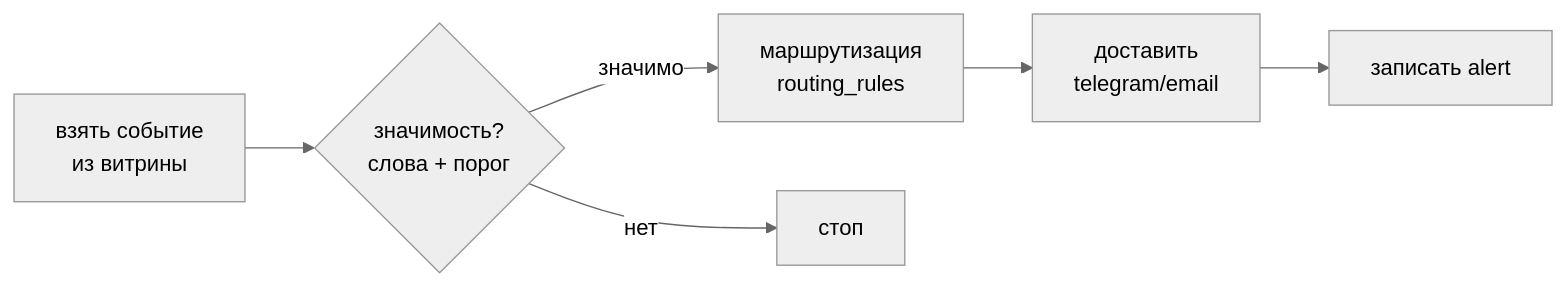
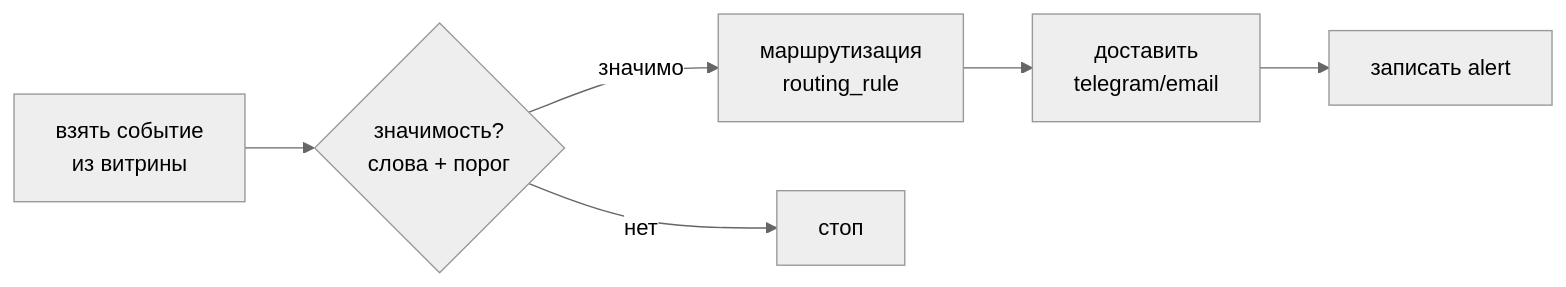
Before and after one commit to aslan-py/kodik: the fifth of 7 diagrams in ABOUT_PROJECT/ABOUT.md, drawn with Mermaid (neutral theme). The commit also changed other lines of this file and 27 other files, not shown here.

````diff
--- a/ABOUT_PROJECT/ABOUT.md
+++ b/ABOUT_PROJECT/ABOUT.md
@@ -429,5 +429,5 @@
 ```mermaid
 flowchart LR
-  A[взять событие<br/>из витрины] --> B{значимость?<br/>слова + порог} -->|значимо| C[маршрутизация<br/>routing_rules] --> D[доставить<br/>telegram/email] --> E[записать alert]
+  A[взять событие<br/>из витрины] --> B{значимость?<br/>слова + порог} -->|значимо| C[маршрутизация<br/>routing_rule] --> D[доставить<br/>telegram/email] --> E[записать alert]
   B -->|нет| Z[стоп]
 ```
````
